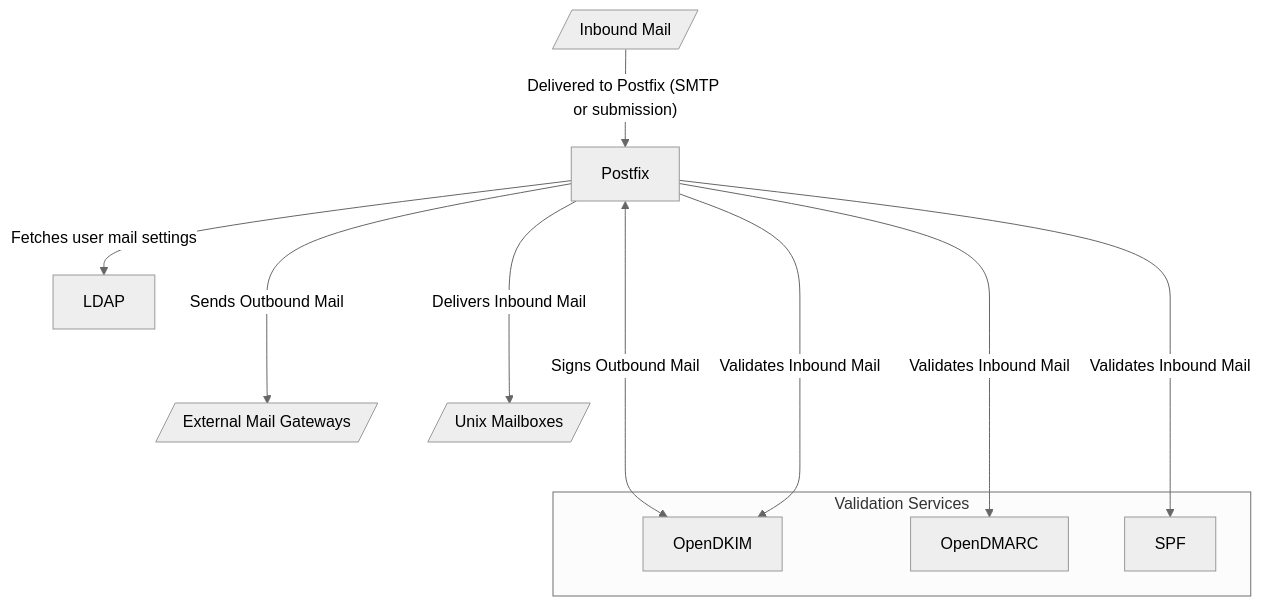
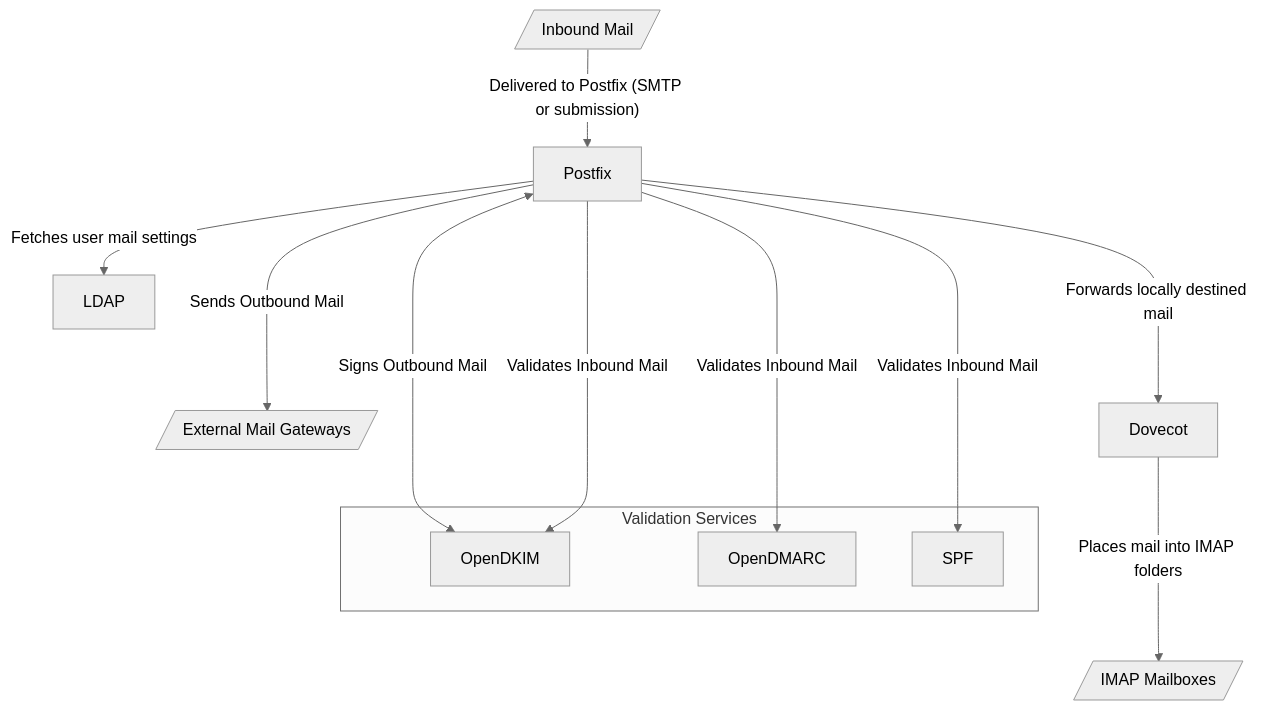
One commit to python-discord/infra changed the diagram in docs/docs/services/email/index.md. Above: the diagram before and after it, drawn with Mermaid (neutral theme). The commit also changed other lines of this file, not shown here.

Commit message:
Update email index with Dovecot in flow chart

````diff
--- a/docs/docs/services/email/index.md
+++ b/docs/docs/services/email/index.md
@@ -18,22 +18,24 @@
 ```mermaid
 flowchart TD
     P[Postfix]
     L[LDAP]
     EX[/External Mail Gateways/]
     IX[/Inbound Mail/]
-    UX[/Unix Mailboxes/]
+    DC[Dovecot]
+    IM[/IMAP Mailboxes/]
     subgraph V[Validation Services]
     ODK[OpenDKIM]
     ODM[OpenDMARC]
     SPF[SPF]
     end
 
     IX-- Delivered to Postfix (SMTP or submission) -->P
     P-- Fetches user mail settings --> L
     P<-- Signs Outbound Mail --> ODK
     P-- Validates Inbound Mail ----> ODK
     P-- Validates Inbound Mail ----> ODM
     P-- Validates Inbound Mail ----> SPF
     P-- Sends Outbound Mail ---> EX
-    P-- Delivers Inbound Mail ---> UX
+    P-- Forwards locally destined mail ---> DC
+    DC-- Places mail into IMAP folders ---> IM
 ```
````
